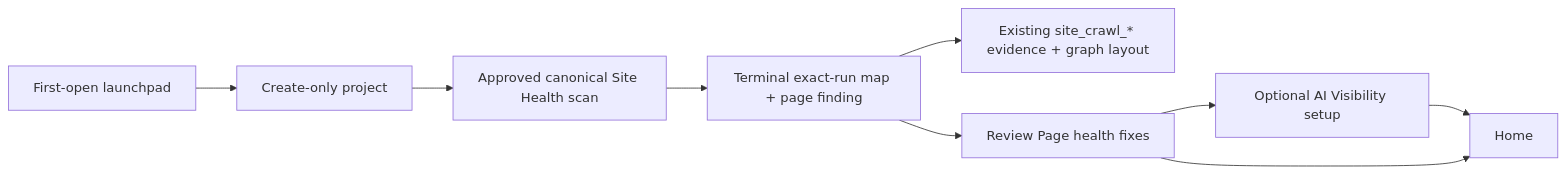
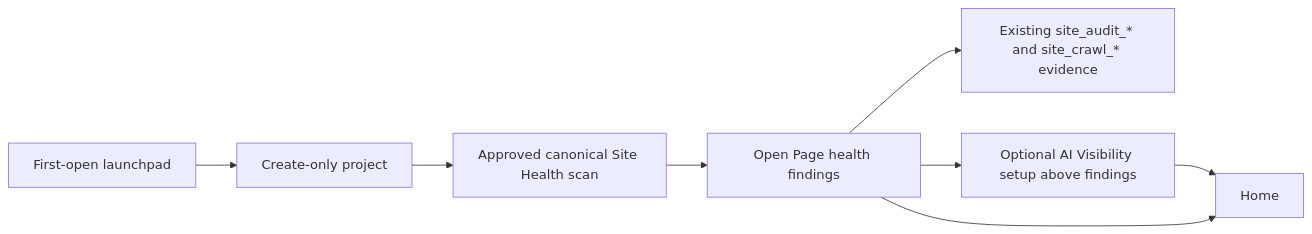
The diagram in docs/oss-onboarding-evaluation.md (AINYC/canonry), drawn with Mermaid before and after one commit. The commit also changed other lines of this file and 6 other files, not shown here.

Commit message:
refactor: simplify onboarding page health

````diff
--- a/docs/oss-onboarding-evaluation.md
+++ b/docs/oss-onboarding-evaluation.md
@@ -501,11 +501,10 @@
 ```mermaid
 flowchart LR
   L["First-open launchpad"] --> P["Create-only project"]
   P --> S["Approved canonical Site Health scan"]
-  S --> X["Terminal exact-run map + page finding"]
-  X --> D["Existing site_crawl_* evidence + graph layout"]
-  X --> F["Review Page health fixes"]
-  F --> V["Optional AI Visibility setup"]
+  S --> F["Open Page health findings"]
+  F --> D["Existing site_audit_* and site_crawl_* evidence"]
+  F --> V["Optional AI Visibility setup above findings"]
   V --> H["Home"]
   F --> H
 ```
````
